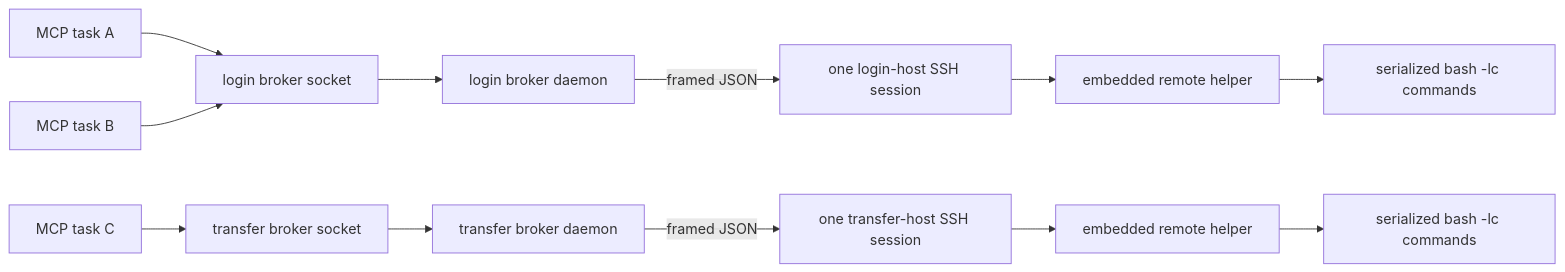
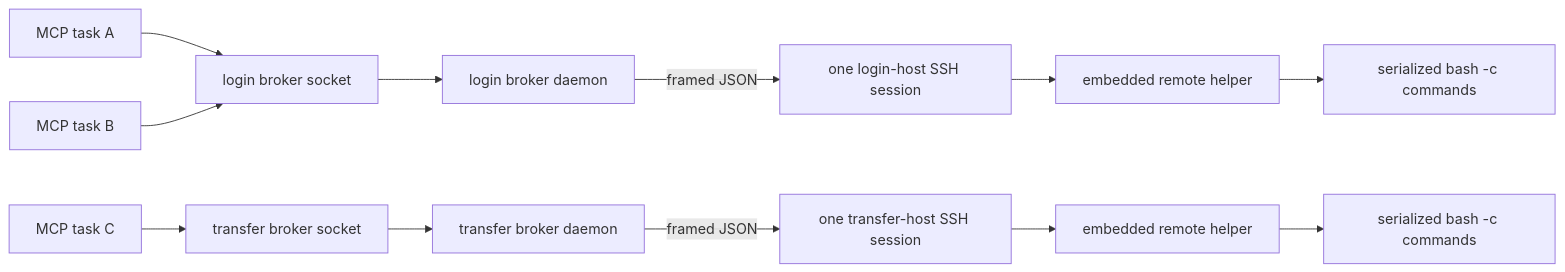
Before and after one commit to jiaxi1102/o2-mcp: the diagram in docs/PERSISTENT_COMMAND_BROKER.md, drawn with Mermaid. The commit also changed other lines of this file and 5 other files, not shown here.

````diff
--- a/docs/PERSISTENT_COMMAND_BROKER.md
+++ b/docs/PERSISTENT_COMMAND_BROKER.md
@@ -14,14 +14,14 @@
 ```mermaid
 flowchart LR
     A["MCP task A"] --> L["login broker socket"]
     B["MCP task B"] --> L
     C["MCP task C"] --> T["transfer broker socket"]
     L --> LD["login broker daemon"]
     T --> TD["transfer broker daemon"]
     LD -->|"framed JSON"| LS["one login-host SSH session"]
     TD -->|"framed JSON"| TS["one transfer-host SSH session"]
     LS --> LR["embedded remote helper"]
     TS --> TR["embedded remote helper"]
-    LR --> LX["serialized bash -lc commands"]
-    TR --> TX["serialized bash -lc commands"]
+    LR --> LX["serialized bash -c commands"]
+    TR --> TX["serialized bash -c commands"]
 ```
````
